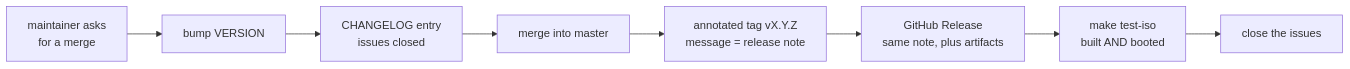
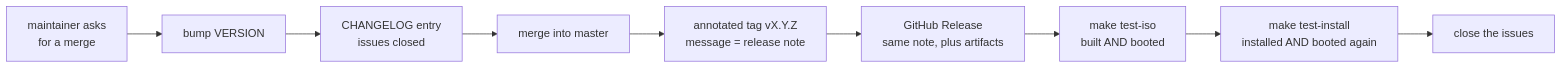
One commit to andrediashexa/prismarouting changed the second of 2 diagrams in CONTRIBUTING.md. Above: the diagram before and after it, drawn with Mermaid. The commit also changed other lines of this file and 8 other files, not shown here.

````diff
--- a/CONTRIBUTING.md
+++ b/CONTRIBUTING.md
@@ -339,10 +354,11 @@
 ```mermaid
 flowchart LR
     A["maintainer asks<br/>for a merge"] --> B["bump VERSION"]
     B --> C["CHANGELOG entry<br/>issues closed"]
     C --> D["merge into master"]
     D --> E["annotated tag vX.Y.Z<br/>message = release note"]
     E --> F["GitHub Release<br/>same note, plus artifacts"]
     F --> H["make test-iso<br/>built AND booted"]
-    H --> G["close the issues"]
+    H --> H2["make test-install<br/>installed AND booted again"]
+    H2 --> G["close the issues"]
 ```
````
